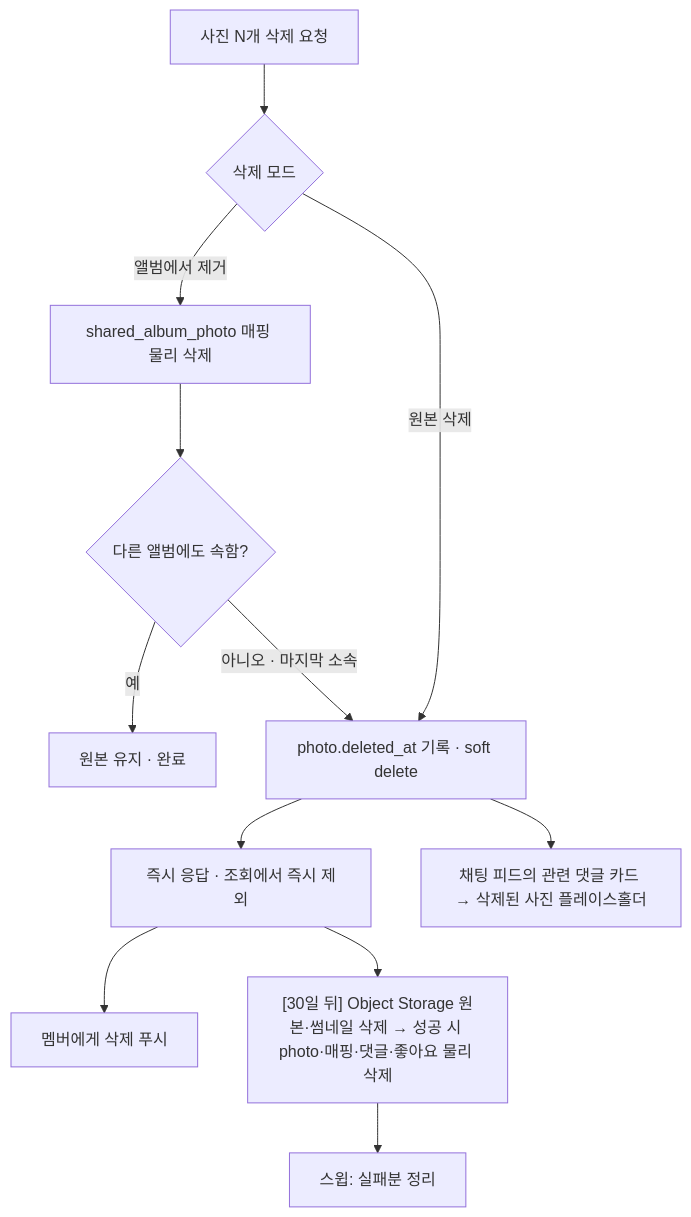
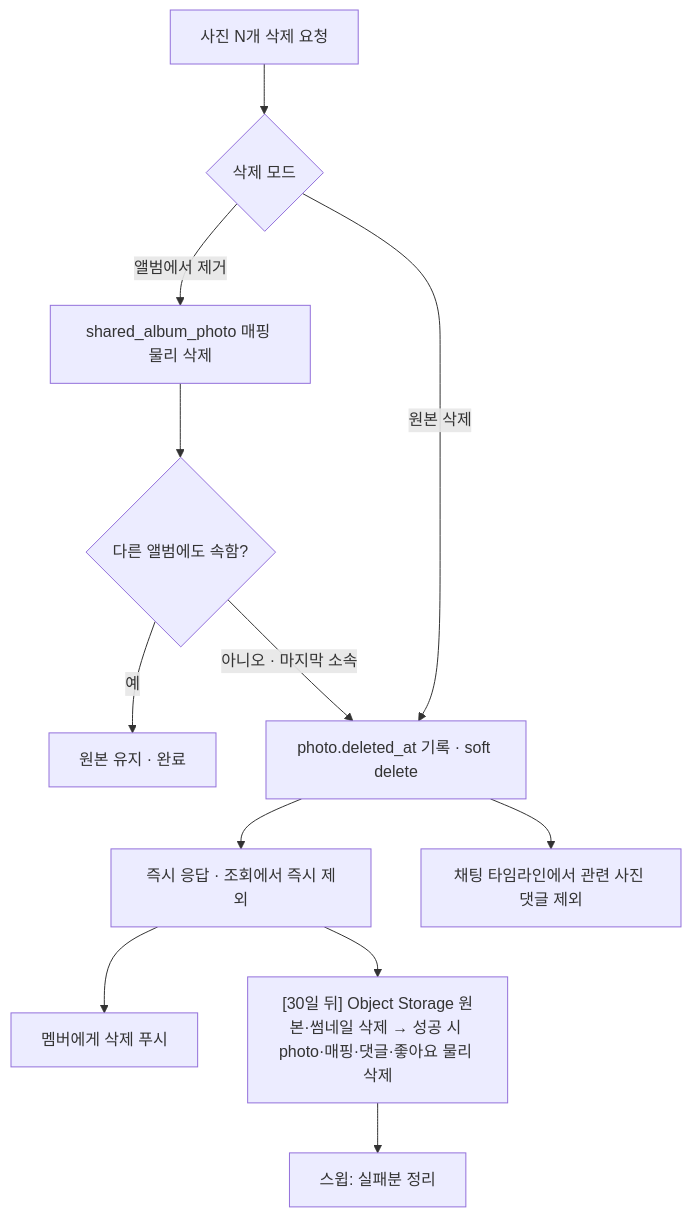
One commit to zipzip-team/zipzip-server changed the fifth of 9 diagrams in docs/architecture/backend-architecture.md. Above: the diagram before and after it, drawn with Mermaid. The commit also changed other lines of this file and 24 other files, not shown here.

````diff
--- a/docs/architecture/backend-architecture.md
+++ b/docs/architecture/backend-architecture.md
@@ -270,14 +265,14 @@
 ```mermaid
 flowchart TD
     A[사진 N개 삭제 요청] --> B{삭제 모드}
     B -->|앨범에서 제거| C[shared_album_photo 매핑 물리 삭제]
     C --> C2{다른 앨범에도 속함?}
     C2 -->|예| D[원본 유지 · 완료]
     C2 -->|아니오 · 마지막 소속| F
     B -->|원본 삭제| F[photo.deleted_at 기록 · soft delete]
     F --> G[즉시 응답 · 조회에서 즉시 제외]
     G --> H[멤버에게 삭제 푸시]
     G --> I["[30일 뒤] Object Storage 원본·썸네일 삭제 → 성공 시 photo·매핑·댓글·좋아요 물리 삭제"]
     I --> J[스윕: 실패분 정리]
-    F --> K[채팅 피드의 관련 댓글 카드 → 삭제된 사진 플레이스홀더]
+    F --> K[채팅 타임라인에서 관련 사진 댓글 제외]
 ```
````
